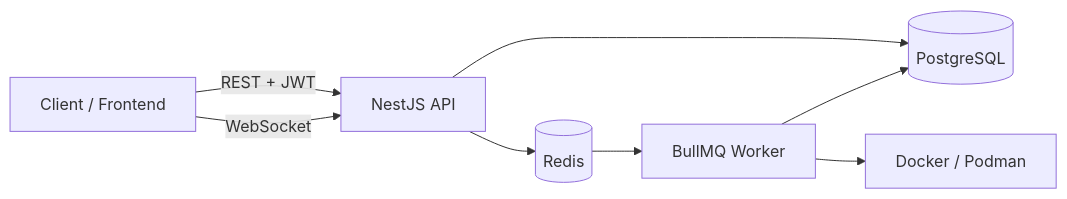
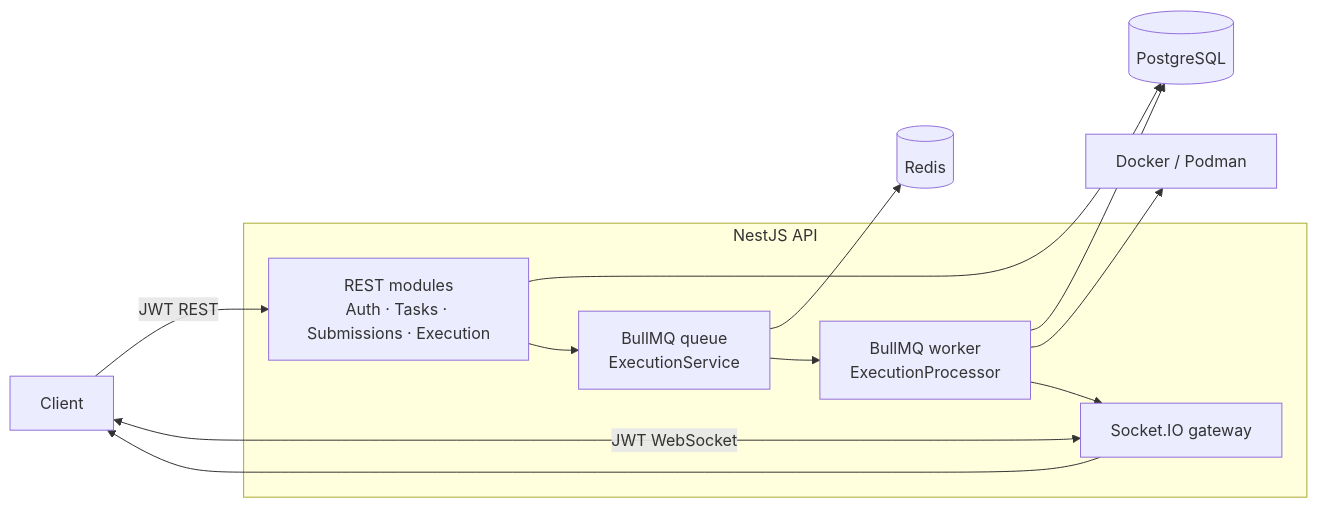
One commit to GalileoGalilei960/remote-code-executor changed the first of 3 diagrams in README.md. Above: the diagram before and after it, drawn with Mermaid. The commit also changed other lines of this file and 2 other files, not shown here.

Commit message:
docs: enhance README with system overview, submission lifecycle, and execution worker details; refine Swagger annotations for submission endpoints

````diff
--- a/README.md
+++ b/README.md
@@ -18,17 +22,26 @@
 ```mermaid
 flowchart LR
-    Client[Client / Frontend]
-    API[NestJS API]
+    Client[Client]
+
+    subgraph api [NestJS API]
+        REST[REST modules<br/>Auth · Tasks · Submissions · Execution]
+        Queue[BullMQ queue<br/>ExecutionService]
+        WS[Socket.IO gateway]
+        Worker[BullMQ worker<br/>ExecutionProcessor]
+    end
+
     PG[(PostgreSQL)]
     Redis[(Redis)]
-    Worker[BullMQ Worker]
-    Docker[Docker / Podman]
+    Engine[Docker / Podman]
 
-    Client -->|REST + JWT| API
-    Client -->|WebSocket| API
-    API --> PG
-    API --> Redis
-    Redis --> Worker
-    Worker --> Docker
+    Client -->|JWT REST| REST
+    Client <-->|JWT WebSocket| WS
+    REST --> PG
+    REST --> Queue
+    Queue --> Redis
+    Queue --> Worker
     Worker --> PG
+    Worker --> Engine
+    Worker --> WS
+    WS --> Client
 ```
````
